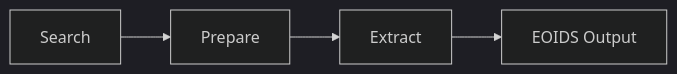
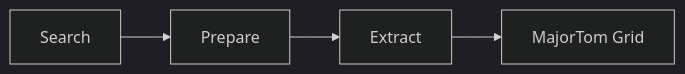
One commit to frandorr/aereo changed the diagram in docs/index.md. Above: the diagram before and after it, drawn with Mermaid (dark theme). The commit also changed other lines of this file and 9 other files, not shown here.

````diff
--- a/docs/index.md
+++ b/docs/index.md
@@ -33,6 +20,6 @@
 ```mermaid
 graph LR
     A[Search] --> B[Prepare]
     B --> C[Extract]
-    C --> D[EOIDS Output]
+    C --> D[MajorTom Grid]
 ```
````
